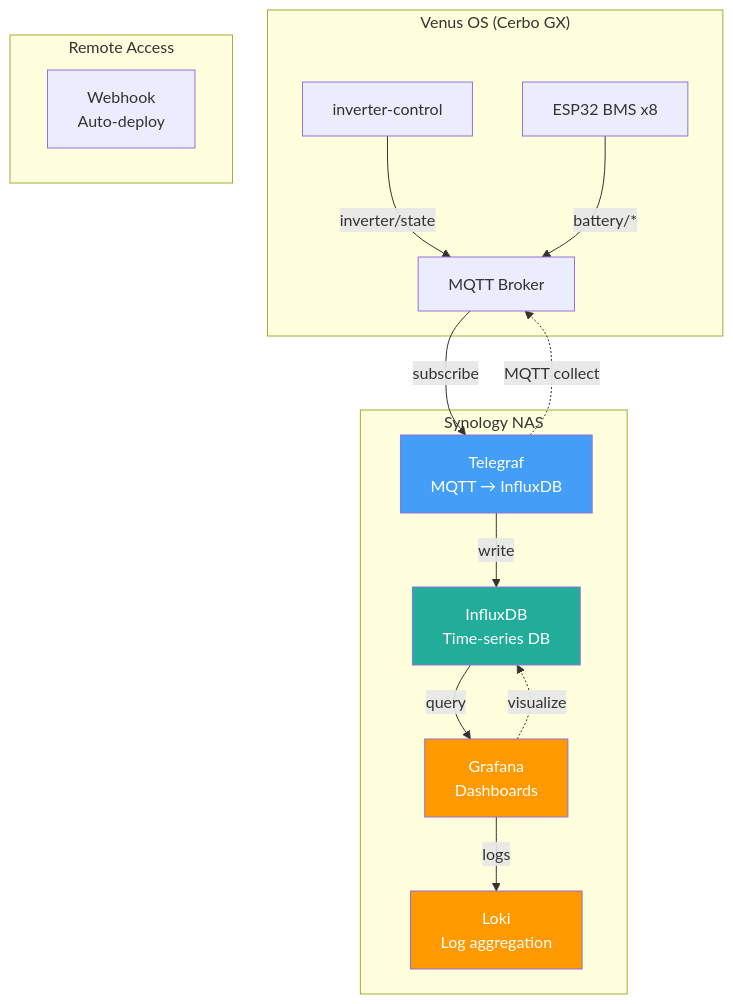
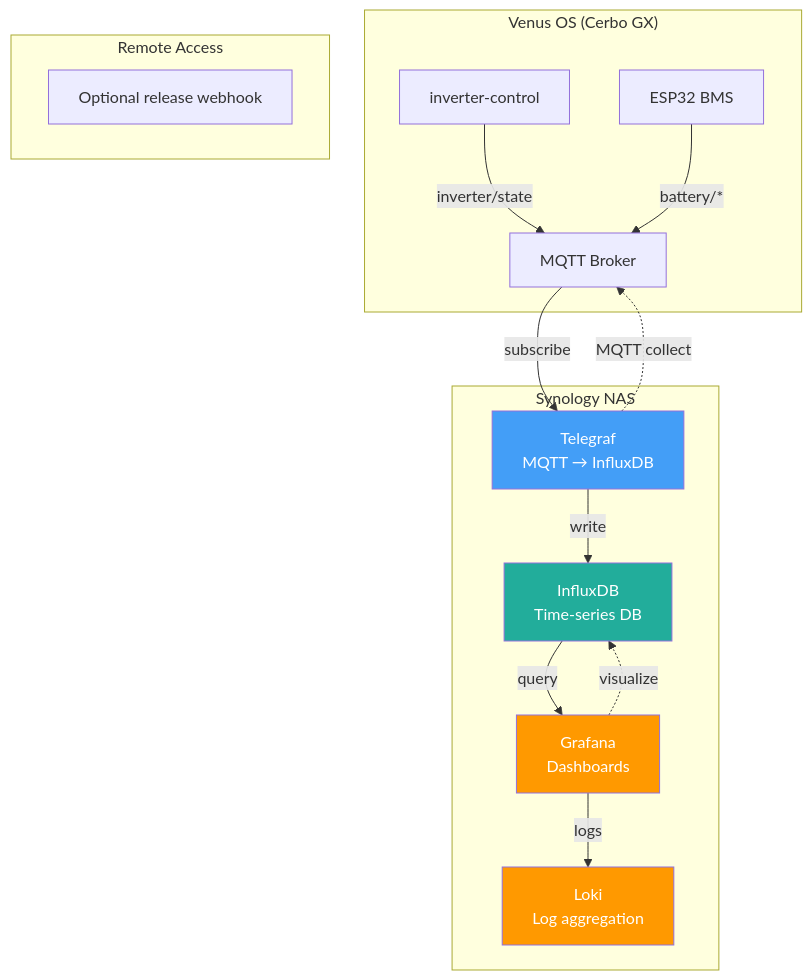
One commit to victron-venus/inverter-monitoring changed the first of 4 diagrams in .github/docs/system-architecture.md. Above: the diagram before and after it, drawn with Mermaid. The commit also changed other lines of this file and 2 other files, not shown here.

First line of the commit message:
docs: scope legacy tuning guidance and fix architecture references (#148)

````diff
--- a/.github/docs/system-architecture.md
+++ b/.github/docs/system-architecture.md
@@ -5,34 +10,34 @@
 ```mermaid
 flowchart TB
     subgraph VenusOS["Venus OS (Cerbo GX)"]
         INV_CTRL["inverter-control"]
-        ESP32["ESP32 BMS x8"]
+        ESP32["ESP32 BMS"]
         MQTT["MQTT Broker"]
     end
 
     subgraph NAS["Synology NAS"]
         TEL["Telegraf\nMQTT → InfluxDB"]
         INF["InfluxDB\nTime-series DB"]
         GRA["Grafana\nDashboards"]
         LOK["Loki\nLog aggregation"]
     end
 
     subgraph Remote["Remote Access"]
-        WEB["Webhook\nAuto-deploy"]
+        WEB["Optional release webhook"]
     end
 
     INV_CTRL -->|"inverter/state"| MQTT
     ESP32 -->|"battery/*"| MQTT
     MQTT -->|"subscribe"| TEL
     TEL -->|"write"| INF
     INF -->|"query"| GRA
     GRA -->|"logs"| LOK
 
     TEL -.->|"MQTT collect"| MQTT
     GRA -.->|"visualize"| INF
 
     style GRA fill:#FF9900,color:#fff
     style INF fill:#22AD9B,color:#fff
     style TEL fill:#439EF7,color:#fff
     style LOK fill:#FF9900,color:#fff
 ```
````
